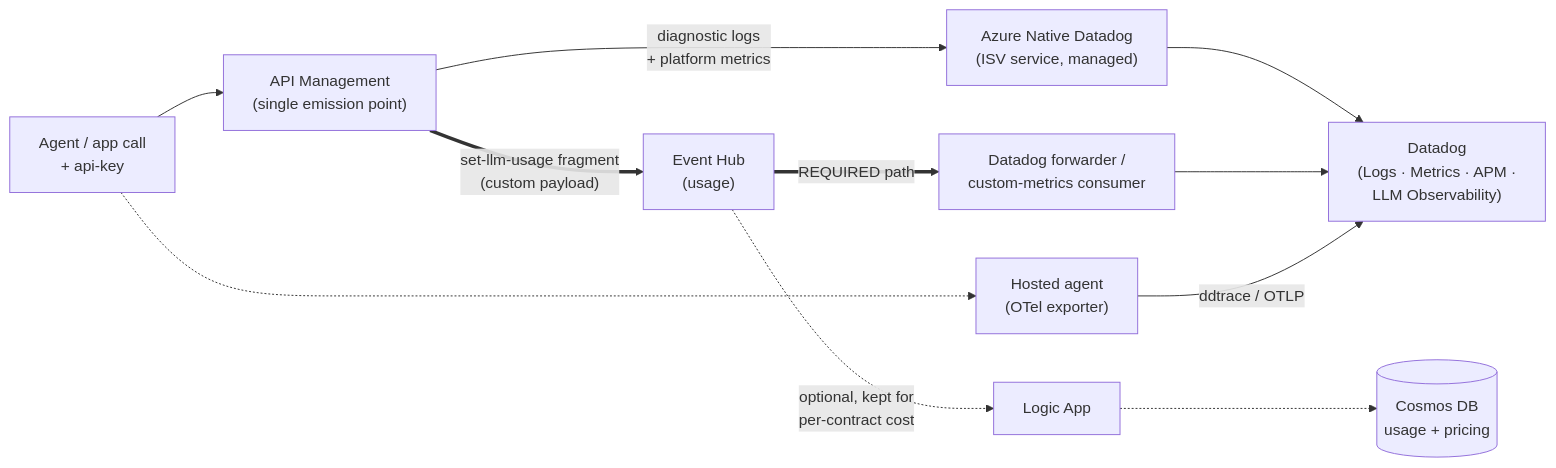
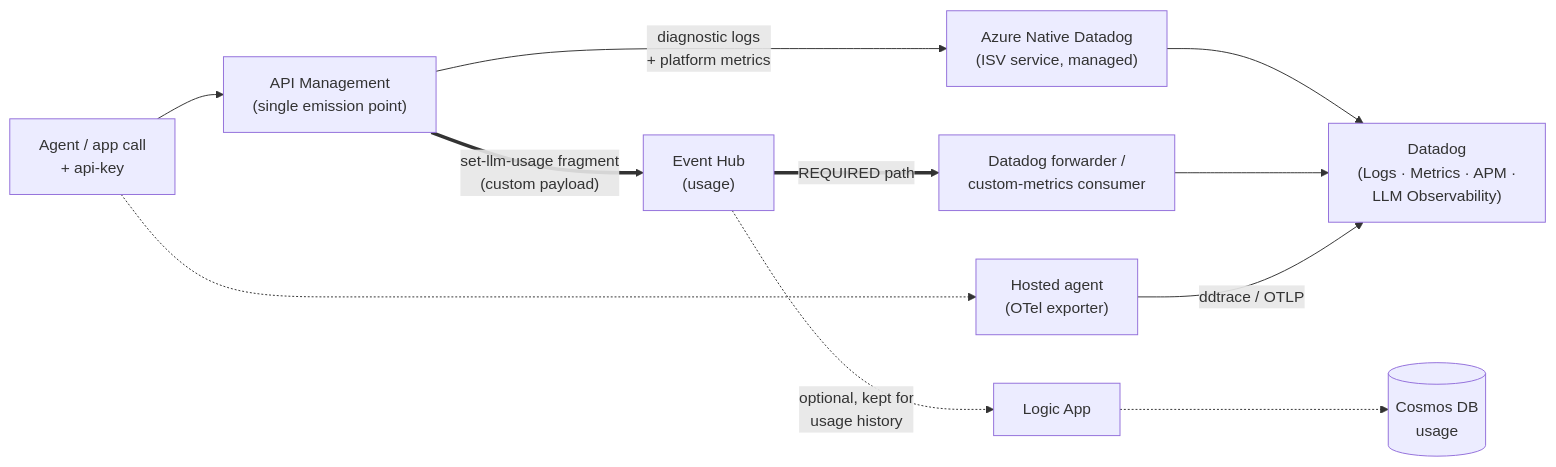
Before and after one commit to katkostro/apim-a2a-mcp: the fifth of 5 diagrams in labs/mcp-a2a-agents/docs/citadel-a2a-mcp-architecture.md, drawn with Mermaid. The commit also changed other lines of this file, not shown here.

Commit message:
docs: correct A2A inbound auth, FastAPI MCP server, and MCP rate-limit wording in Citadel architecture

````diff
--- a/labs/mcp-a2a-agents/docs/citadel-a2a-mcp-architecture.md
+++ b/labs/mcp-a2a-agents/docs/citadel-a2a-mcp-architecture.md
@@ -534,18 +494,18 @@
 ```mermaid
 flowchart LR
     X["Agent / app call<br/>+ api-key"] --> APIM["API Management<br/>(single emission point)"]
 
     %% Diagnostic plane -> Azure Native Datadog (managed)
     APIM -- "diagnostic logs<br/>+ platform metrics" --> AND["Azure Native Datadog<br/>(ISV service, managed)"]
     AND --> DD["Datadog<br/>(Logs · Metrics · APM ·<br/>LLM Observability)"]
 
     %% Usage plane -> Event Hub -> forwarder (REQUIRED)
     APIM == "set-llm-usage fragment<br/>(custom payload)" ==> EHu["Event Hub<br/>(usage)"]
     EHu == "REQUIRED path" ==> FWD["Datadog forwarder /<br/>custom-metrics consumer"]
     FWD --> DD
-    EHu -. "optional, kept for<br/>per-contract cost" .-> LG["Logic App"] -.-> CD[("Cosmos DB<br/>usage + pricing")]
+    EHu -. "optional, kept for<br/>usage history" .-> LG["Logic App"] -.-> CD[("Cosmos DB<br/>usage")]
 
     %% Agent-span plane -> OTel
     AG["Hosted agent<br/>(OTel exporter)"] -- "ddtrace / OTLP" --> DD
     X -.-> AG
 ```
````
